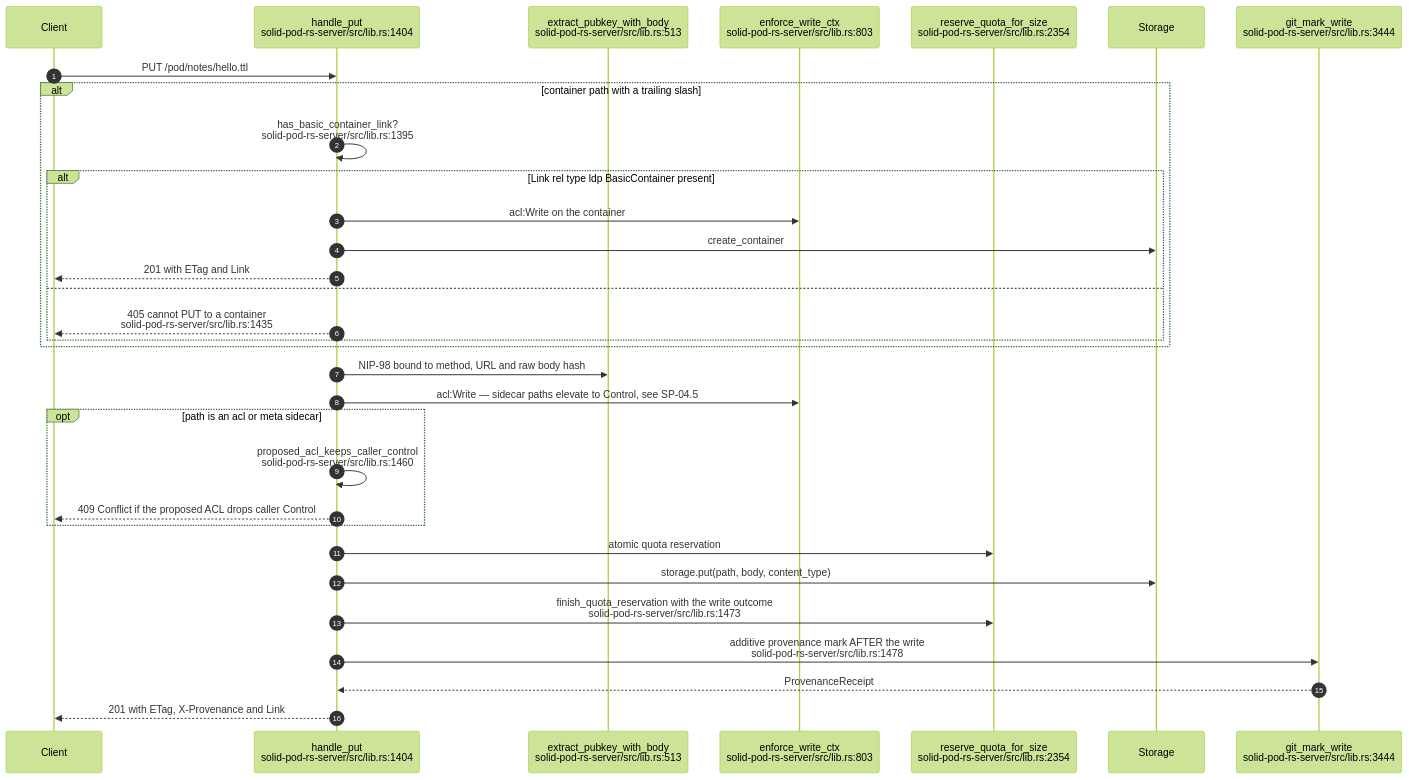
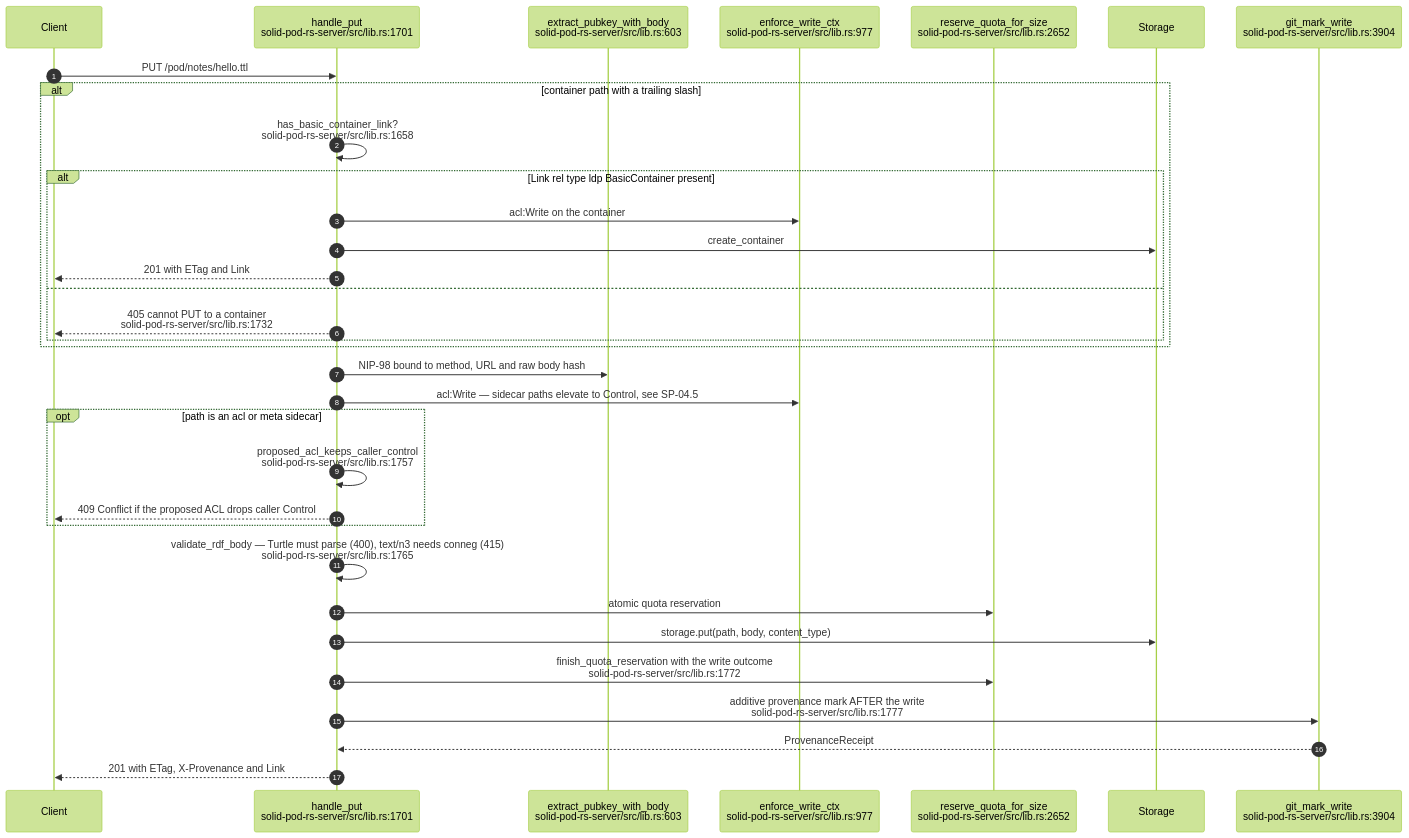
The third of 11 diagrams in docs/diagrams/solid-pod-rs/03-ldp-request-lifecycle.md (DreamLab-AI/VisionFlow), drawn with Mermaid (forest theme) before and after one commit. The commit also changed other lines of this file and 160 other files, not shown here.

````diff
--- a/docs/diagrams/solid-pod-rs/03-ldp-request-lifecycle.md
+++ b/docs/diagrams/solid-pod-rs/03-ldp-request-lifecycle.md
@@ -81,35 +84,36 @@
 ```mermaid
 sequenceDiagram
     autonumber
     participant C as Client
-    participant P as handle_put<br/>solid-pod-rs-server/src/lib.rs:1404
-    participant AU as extract_pubkey_with_body<br/>solid-pod-rs-server/src/lib.rs:513
-    participant W as enforce_write_ctx<br/>solid-pod-rs-server/src/lib.rs:803
-    participant Q as reserve_quota_for_size<br/>solid-pod-rs-server/src/lib.rs:2354
+    participant P as handle_put<br/>solid-pod-rs-server/src/lib.rs:1701
+    participant AU as extract_pubkey_with_body<br/>solid-pod-rs-server/src/lib.rs:603
+    participant W as enforce_write_ctx<br/>solid-pod-rs-server/src/lib.rs:977
+    participant Q as reserve_quota_for_size<br/>solid-pod-rs-server/src/lib.rs:2652
     participant S as Storage
-    participant GM as git_mark_write<br/>solid-pod-rs-server/src/lib.rs:3444
+    participant GM as git_mark_write<br/>solid-pod-rs-server/src/lib.rs:3904
 
     C->>P: PUT /pod/notes/hello.ttl
     alt container path with a trailing slash
-        P->>P: has_basic_container_link?<br/>solid-pod-rs-server/src/lib.rs:1395
+        P->>P: has_basic_container_link?<br/>solid-pod-rs-server/src/lib.rs:1658
         alt Link rel type ldp BasicContainer present
             P->>W: acl:Write on the container
             P->>S: create_container
             P-->>C: 201 with ETag and Link
         else
-            P-->>C: 405 cannot PUT to a container<br/>solid-pod-rs-server/src/lib.rs:1435
+            P-->>C: 405 cannot PUT to a container<br/>solid-pod-rs-server/src/lib.rs:1732
         end
     end
     P->>AU: NIP-98 bound to method, URL and raw body hash
     P->>W: acl:Write — sidecar paths elevate to Control, see SP-04.5
     opt path is an acl or meta sidecar
-        P->>P: proposed_acl_keeps_caller_control<br/>solid-pod-rs-server/src/lib.rs:1460
+        P->>P: proposed_acl_keeps_caller_control<br/>solid-pod-rs-server/src/lib.rs:1757
         P-->>C: 409 Conflict if the proposed ACL drops caller Control
     end
+    P->>P: validate_rdf_body — Turtle must parse (400), text/n3 needs conneg (415)<br/>solid-pod-rs-server/src/lib.rs:1765
     P->>Q: atomic quota reservation
     P->>S: storage.put(path, body, content_type)
-    P->>Q: finish_quota_reservation with the write outcome<br/>solid-pod-rs-server/src/lib.rs:1473
-    P->>GM: additive provenance mark AFTER the write<br/>solid-pod-rs-server/src/lib.rs:1478
+    P->>Q: finish_quota_reservation with the write outcome<br/>solid-pod-rs-server/src/lib.rs:1772
+    P->>GM: additive provenance mark AFTER the write<br/>solid-pod-rs-server/src/lib.rs:1777
     GM-->>P: ProvenanceReceipt
     P-->>C: 201 with ETag, X-Provenance and Link
 ```
````
